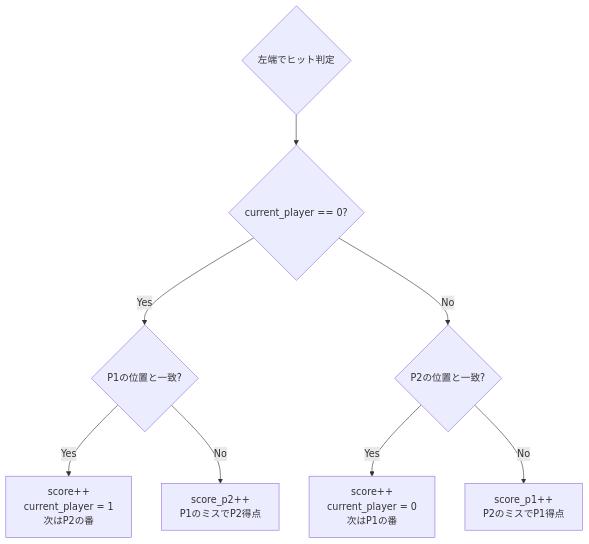
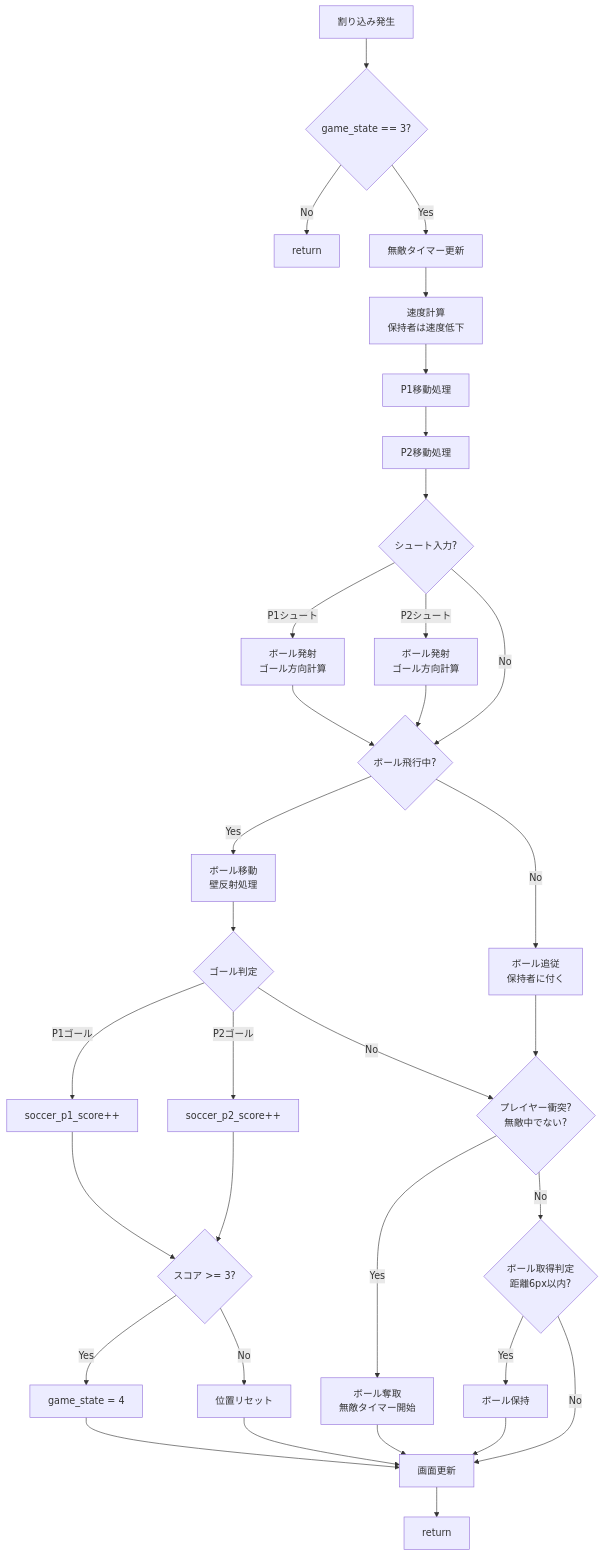
Before and after one commit to Kenyan822/MP: the fourth of 5 diagrams in docs/仕様書.md, drawn with Mermaid. The commit also changed other lines of this file and 4 other files, not shown here.

````diff
--- a/docs/仕様書.md
+++ b/docs/仕様書.md
@@ -422,13 +423,49 @@
 ```mermaid
 flowchart TD
-    HIT_CHECK{左端でヒット判定}
-    HIT_CHECK --> P1_CHECK{current_player == 0?}
-    P1_CHECK -->|Yes| P1_HIT{P1の位置と一致?}
-    P1_CHECK -->|No| P2_HIT{P2の位置と一致?}
-    
-    P1_HIT -->|Yes| P1_SUCCESS[score++<br>current_player = 1<br>次はP2の番]
-    P1_HIT -->|No| P1_MISS[score_p2++<br>P1のミスでP2得点]
-    
-    P2_HIT -->|Yes| P2_SUCCESS[score++<br>current_player = 0<br>次はP1の番]
-    P2_HIT -->|No| P2_MISS[score_p1++<br>P2のミスでP1得点]
+    START[割り込み発生] --> CHECK{game_state == 3?}
+    CHECK -->|No| END1[return]
+    CHECK -->|Yes| TIMER[無敵タイマー更新]
+
+    TIMER --> SPEED[速度計算<br>保持者は速度低下]
+    SPEED --> MOVE_P1[P1移動処理]
+    MOVE_P1 --> MOVE_P2[P2移動処理]
+
+    MOVE_P2 --> SHOOT_CHECK{シュート入力?}
+    SHOOT_CHECK -->|P1シュート| SHOOT_P1[ボール発射<br>ゴール方向計算]
+    SHOOT_CHECK -->|P2シュート| SHOOT_P2[ボール発射<br>ゴール方向計算]
+    SHOOT_CHECK -->|No| BALL_MOVE
+    SHOOT_P1 --> BALL_MOVE
+    SHOOT_P2 --> BALL_MOVE
+
+    BALL_MOVE{ボール飛行中?}
+    BALL_MOVE -->|Yes| FLY[ボール移動<br>壁反射処理]
+    BALL_MOVE -->|No| BALL_FOLLOW[ボール追従<br>保持者に付く]
+
+    FLY --> GOAL_CHECK{ゴール判定}
+    BALL_FOLLOW --> COLLISION
+
+    GOAL_CHECK -->|P1ゴール| P1_SCORE[soccer_p1_score++]
+    GOAL_CHECK -->|P2ゴール| P2_SCORE[soccer_p2_score++]
+    GOAL_CHECK -->|No| COLLISION
+
+    P1_SCORE --> WIN_CHECK
+    P2_SCORE --> WIN_CHECK
+    WIN_CHECK{スコア >= 3?}
+    WIN_CHECK -->|Yes| GAME_END[game_state = 4]
+    WIN_CHECK -->|No| RESET_POS[位置リセット]
+    RESET_POS --> DRAW
+    GAME_END --> DRAW
+
+    COLLISION{プレイヤー衝突?<br>無敵中でない?}
+    COLLISION -->|Yes| STEAL[ボール奪取<br>無敵タイマー開始]
+    COLLISION -->|No| ACQUIRE
+    STEAL --> DRAW
+
+    ACQUIRE{ボール取得判定<br>距離6px以内?}
+    ACQUIRE -->|Yes| GET_BALL[ボール保持]
+    ACQUIRE -->|No| DRAW
+    GET_BALL --> DRAW
+
+    DRAW[画面更新]
+    DRAW --> END2[return]
 ```
````
